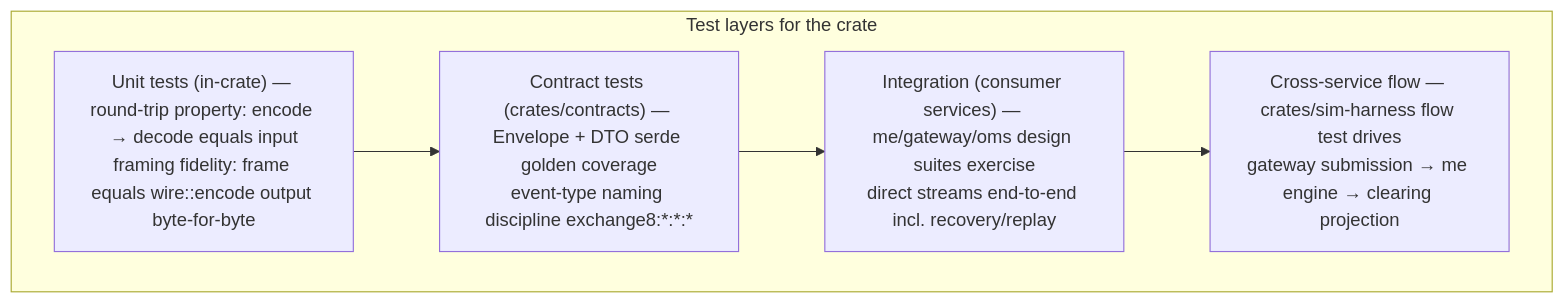
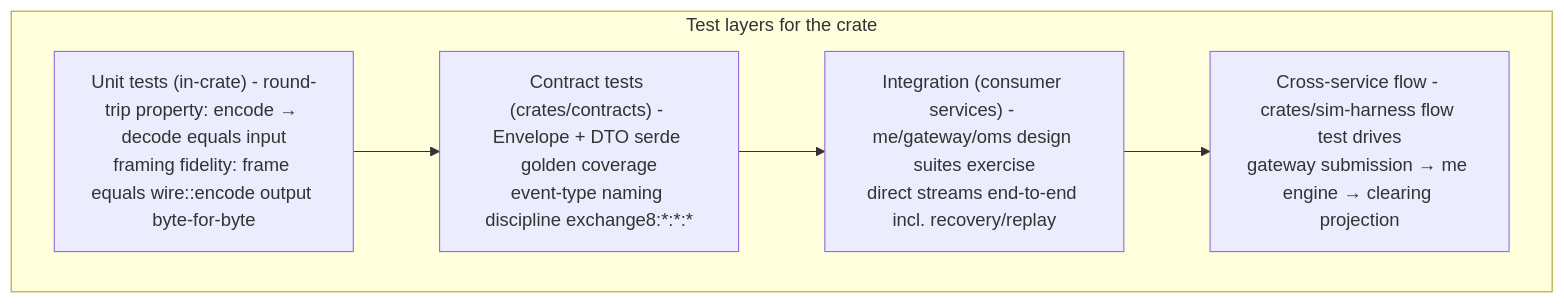
One commit to Exchange8-dev/exchange8-sdk changed the seventh of 7 diagrams in crates/me/client/DESIGN.md. Above: the diagram before and after it, drawn with Mermaid. The commit also changed other lines of this file and 60 other files, not shown here.

````diff
--- a/crates/me/client/DESIGN.md
+++ b/crates/me/client/DESIGN.md
@@ -332,10 +332,10 @@
 ```mermaid
 graph TD
     subgraph PYRAMID["Test layers for the crate"]
-        L1["Unit tests (in-crate) — round-trip property: encode → decode equals input<br/>framing fidelity: frame equals wire::encode output byte-for-byte"]
-        L2["Contract tests (crates/contracts) — Envelope + DTO serde golden coverage<br/>event-type naming discipline exchange8:*:*:*"]
-        L3["Integration (consumer services) — me/gateway/oms design suites exercise<br/>direct streams end-to-end incl. recovery/replay"]
-        L4["Cross-service flow — crates/sim-harness flow test drives<br/>gateway submission → me engine → clearing projection"]
+        L1["Unit tests (in-crate) - round-trip property: encode → decode equals input<br/>framing fidelity: frame equals wire::encode output byte-for-byte"]
+        L2["Contract tests (crates/contracts) - Envelope + DTO serde golden coverage<br/>event-type naming discipline exchange8:*:*:*"]
+        L3["Integration (consumer services) - me/gateway/oms design suites exercise<br/>direct streams end-to-end incl. recovery/replay"]
+        L4["Cross-service flow - crates/sim-harness flow test drives<br/>gateway submission → me engine → clearing projection"]
     end
     L1 --> L2 --> L3 --> L4
 ```
````
